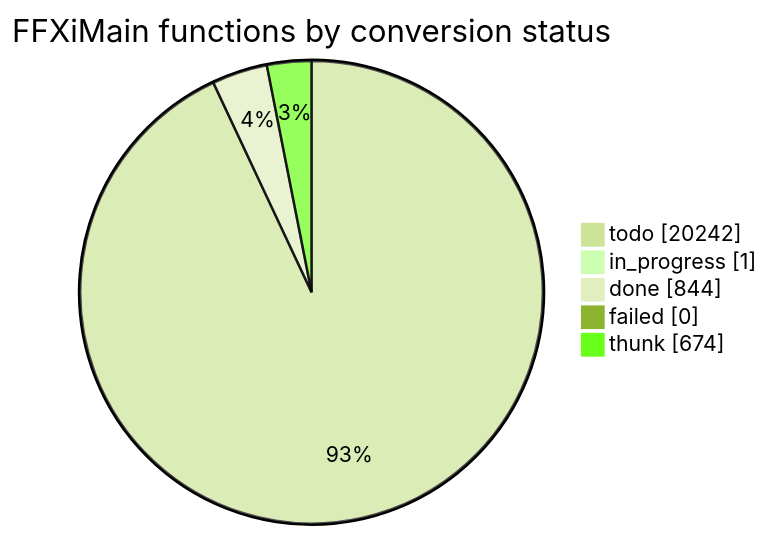
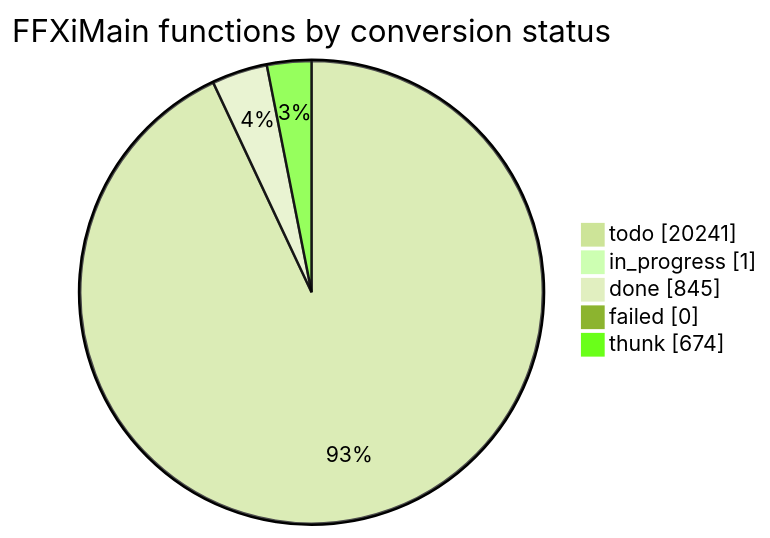
One commit to cowrevenge/cow_kuluu_xi_anything changed the diagram in docs/cow/STATUS.md. Above: the diagram before and after it, drawn with Mermaid (forest theme). The commit also changed other lines of this file and 9 other files, not shown here.

````diff
--- a/docs/cow/STATUS.md
+++ b/docs/cow/STATUS.md
@@ -18,9 +18,9 @@
 ```mermaid
 pie showData
     title FFXiMain functions by conversion status
-    "todo" : 20242
+    "todo" : 20241
     "in_progress" : 1
-    "done" : 844
+    "done" : 845
     "failed" : 0
     "thunk" : 674
 ```
````
